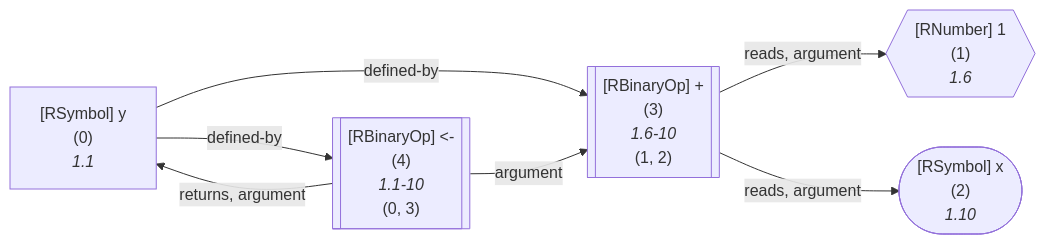
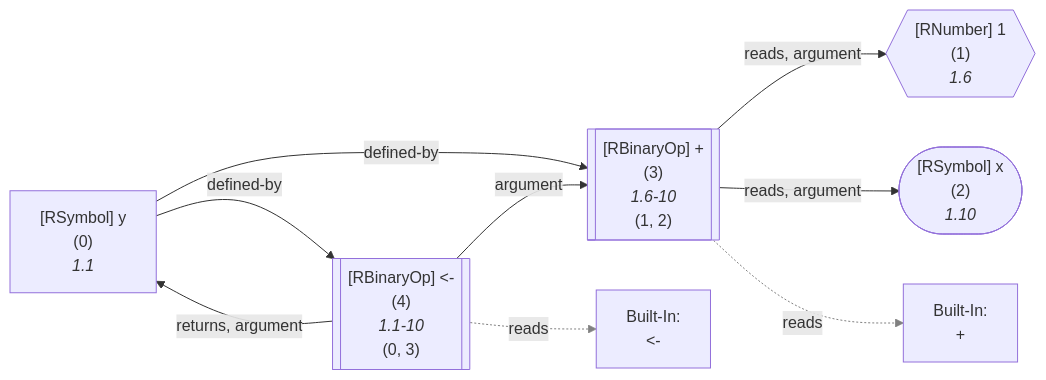
One commit to flowr-analysis/flowr changed the seventh of 7 diagrams in wiki/Interface.md. Above: the diagram before and after it, drawn with Mermaid. The commit also changed other lines of this file and 7 other files, not shown here.

Commit message:
[skip ci] doc: update generated wiki pages (wiki/Capabilities,wiki/Dataflow Graph,wiki/Search API,wiki/Interface,wiki/Control Flow Graph,wiki/Linting and Testing,wiki/Core,README)

````diff
--- a/wiki/Interface.md
+++ b/wiki/Interface.md
@@ -2123,26 +2132,34 @@
 ```mermaid
 flowchart LR
     1{{"`#91;RNumber#93; 1
       (1)
       *1.6*`"}}
     2(["`#91;RSymbol#93; x
       (2)
       *1.10*`"])
     3[["`#91;RBinaryOp#93; #43;
       (3)
       *1.6-10*
     (1, 2)`"]]
+    built-in:_["`Built-In:
+#43;`"]
     0["`#91;RSymbol#93; y
       (0)
       *1.1*`"]
     4[["`#91;RBinaryOp#93; #60;#45;
       (4)
       *1.1-10*
     (0, 3)`"]]
+    built-in:_-["`Built-In:
+#60;#45;`"]
     3 -->|"reads, argument"| 1
     3 -->|"reads, argument"| 2
+    3 -.->|"reads"| built-in:_
+    linkStyle 2 stroke:gray;
     0 -->|"defined-by"| 3
     0 -->|"defined-by"| 4
     4 -->|"argument"| 3
     4 -->|"returns, argument"| 0
+    4 -.->|"reads"| built-in:_-
+    linkStyle 7 stroke:gray;
 ```
````
